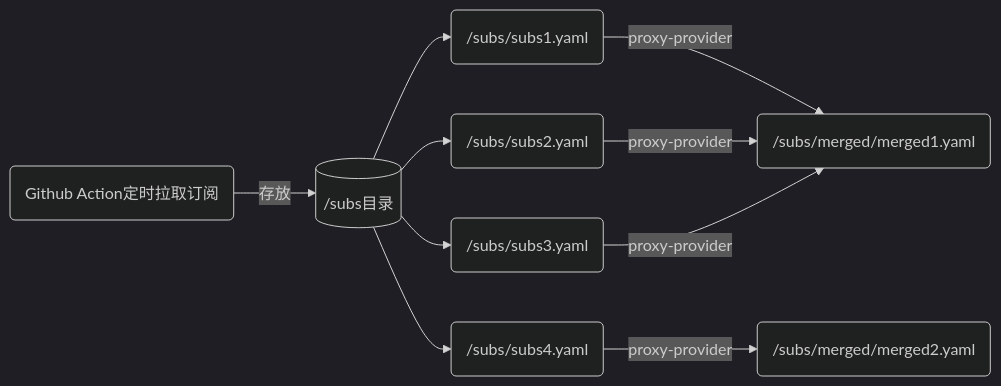
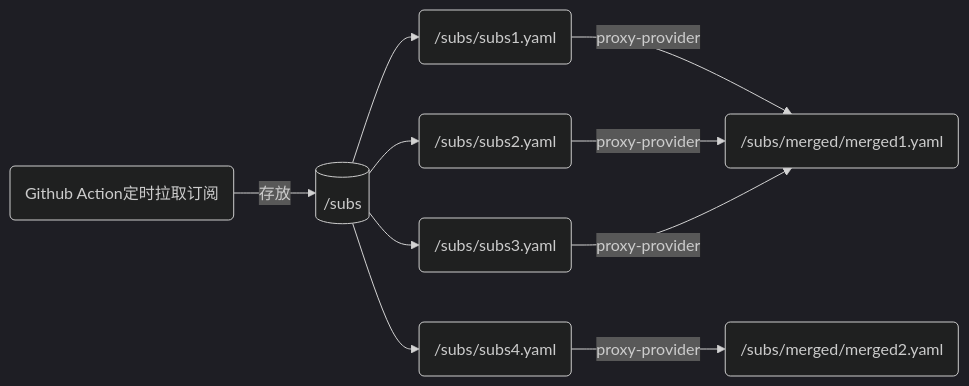
One commit to qjlxg/airport changed the diagram in README.md. Above: the diagram before and after it, drawn with Mermaid (dark theme). The commit also changed 1 other file, not shown here.

````diff
--- a/README.md
+++ b/README.md
@@ -12,15 +12,15 @@
 ```mermaid
 flowchart LR
 fetch("Github Action定时拉取订阅")
-fetch --> |存放|save[("/subs目录")]
+fetch --> |存放|save[("/subs")]
 save --> subs1("/subs/subs1.yaml")
          subs1 --> |proxy-provider|merged1
 save --> subs2("/subs/subs2.yaml")
 		 subs2 --> |proxy-provider|merged1
 save --> subs3("/subs/subs3.yaml")
 		 subs3 --> |proxy-provider|merged1
 save --> subs4("/subs/subs4.yaml")
 		 subs4 --> |proxy-provider|merged2
 merged1("/subs/merged/merged1.yaml")
 merged2("/subs/merged/merged2.yaml")
 ```
````
